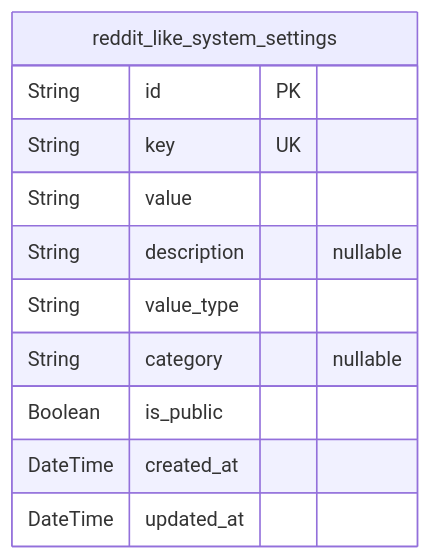
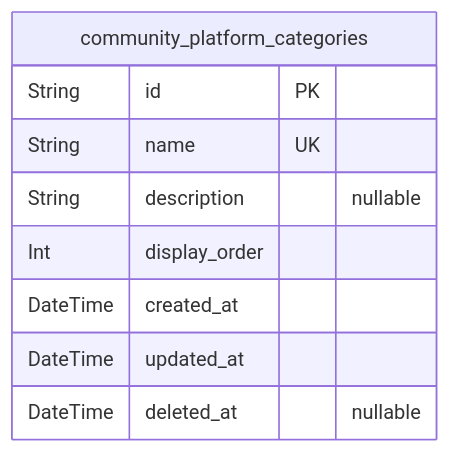
The first of 7 diagrams in anthropic/claude-sonnet-4.5/reddit/docs/ERD.md (wrtnlabs/autobe-examples), drawn with Mermaid before and after one commit. The commit also changed other lines of this file and 16146 other files, not shown here.

````diff
--- a/anthropic/claude-sonnet-4.5/reddit/docs/ERD.md
+++ b/anthropic/claude-sonnet-4.5/reddit/docs/ERD.md
@@ -17,14 +15,12 @@
 ```mermaid
 erDiagram
-"reddit_like_system_settings" {
+"community_platform_categories" {
   String id PK
-  String key UK
-  String value
+  String name UK
   String description "nullable"
-  String value_type
-  String category "nullable"
-  Boolean is_public
+  Int display_order
   DateTime created_at
   DateTime updated_at
+  DateTime deleted_at "nullable"
 }
 ```
````
